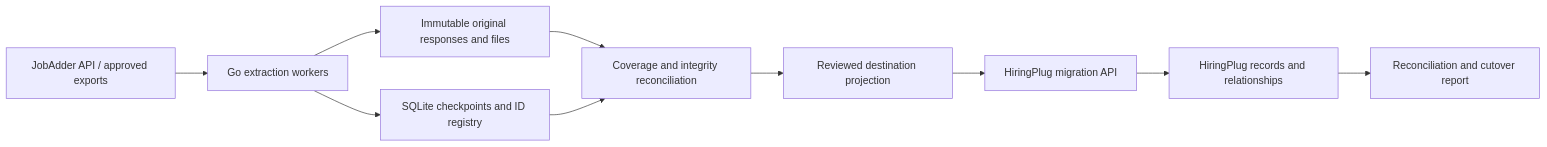
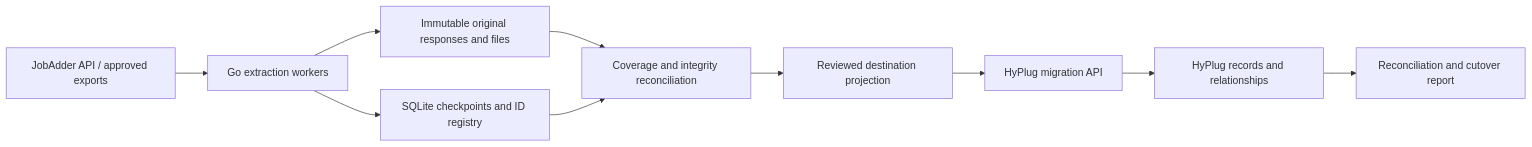
One commit to khoryik96-creator/HiringPlug changed the diagram in docs/jobadder-migration.md. Above: the diagram before and after it, drawn with Mermaid. The commit also changed other lines of this file and 249 other files, not shown here.

````diff
--- a/docs/jobadder-migration.md
+++ b/docs/jobadder-migration.md
@@ -52,12 +52,12 @@
 ```mermaid
 flowchart LR
   JA[JobAdder API / approved exports] --> Read[Go extraction workers]
   Read --> Raw[Immutable original responses and files]
   Read --> State[SQLite checkpoints and ID registry]
   Raw --> Check[Coverage and integrity reconciliation]
   State --> Check
   Check --> Plan[Reviewed destination projection]
-  Plan --> Import[HiringPlug migration API]
-  Import --> HP[HiringPlug records and relationships]
+  Plan --> Import[HyPlug migration API]
+  Import --> HP[HyPlug records and relationships]
   HP --> Verify[Reconciliation and cutover report]
 ```
````
